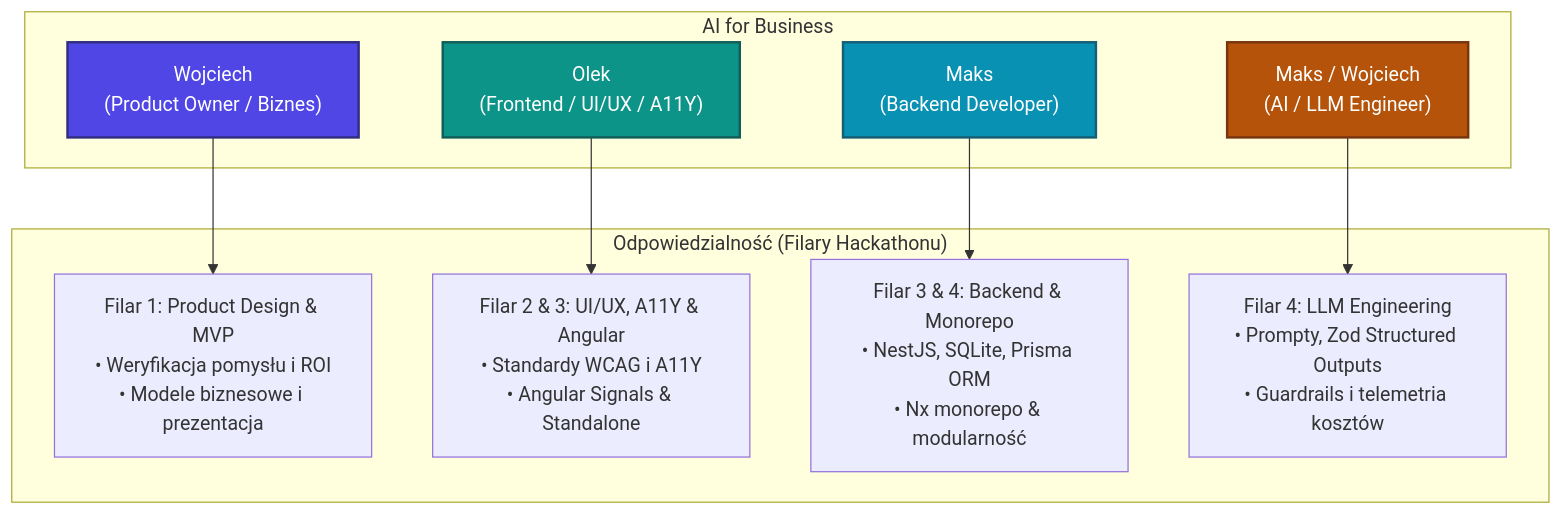
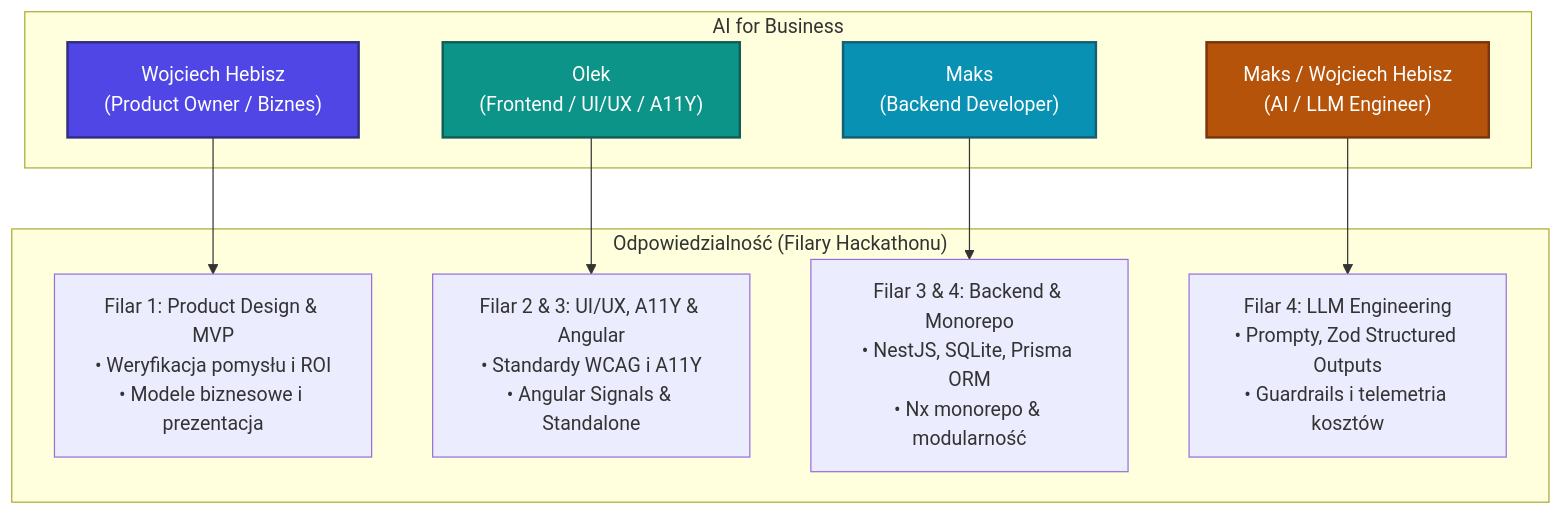
One commit to maks1D/hackathon_gdg changed the second of 2 diagrams in README.md. Above: the diagram before and after it, drawn with Mermaid. The commit also changed 1 other file, not shown here.

Commit message:
feat: add team component with interactive diagram and role responsibilities

````diff
--- a/README.md
+++ b/README.md
@@ -276,32 +276,32 @@
 ```mermaid
 graph TD
     subgraph Team ["AI for Business"]
-        leader["Wojciech<br/>(Product Owner / Biznes)"]
+        leader["Wojciech Hebisz<br/>(Product Owner / Biznes)"]
         frontend["Olek<br/>(Frontend / UI/UX / A11Y)"]
         backend["Maks<br/>(Backend Developer)"]
-        ai_eng["Maks / Wojciech<br/>(AI / LLM Engineer)"]
+        ai_eng["Maks / Wojciech Hebisz<br/>(AI / LLM Engineer)"]
     end
 
     subgraph Pillars ["Odpowiedzialność (Filary Hackathonu)"]
         p1["Filar 1: Product Design & MVP<br/>• Weryfikacja pomysłu i ROI<br/>• Modele biznesowe i prezentacja"]
         p23["Filar 2 & 3: UI/UX, A11Y & Angular<br/>• Standardy WCAG i A11Y<br/>• Angular Signals & Standalone"]
         p4_be["Filar 3 & 4: Backend & Monorepo<br/>• NestJS, SQLite, Prisma ORM<br/>• Nx monorepo & modularność"]
         p4_ai["Filar 4: LLM Engineering<br/>• Prompty, Zod Structured Outputs<br/>• Guardrails i telemetria kosztów"]
     end
 
     %% Zależności / powiązania ról z filarami
     leader --> p1
     frontend --> p23
     backend --> p4_be
     ai_eng --> p4_ai
 
     classDef leader fill:#4f46e5,stroke:#312e81,color:#fff,stroke-width:2px;
     classDef fe fill:#0d9488,stroke:#115e59,color:#fff,stroke-width:2px;
     classDef be fill:#0891b2,stroke:#155e75,color:#fff,stroke-width:2px;
     classDef ai fill:#b45309,stroke:#78350f,color:#fff,stroke-width:2px;
 
     class leader leader;
     class frontend fe;
     class backend be;
     class ai_eng ai;
 ```
````
